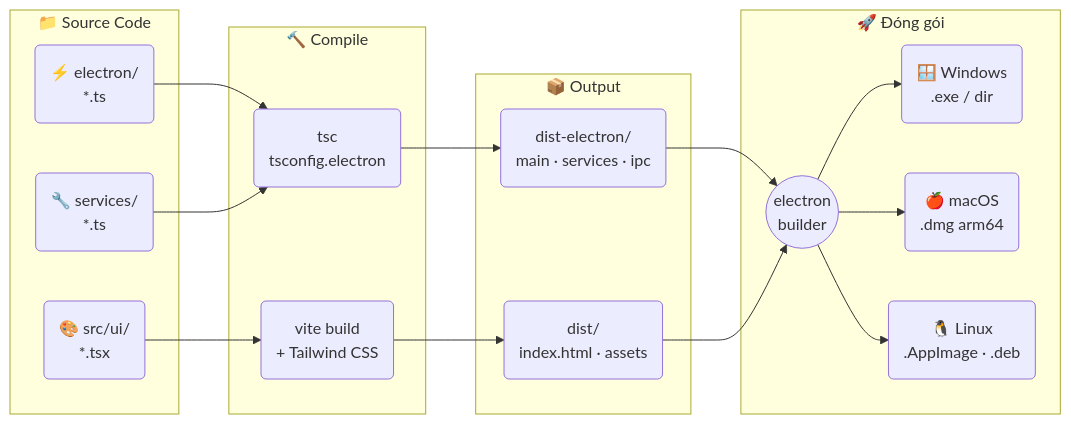
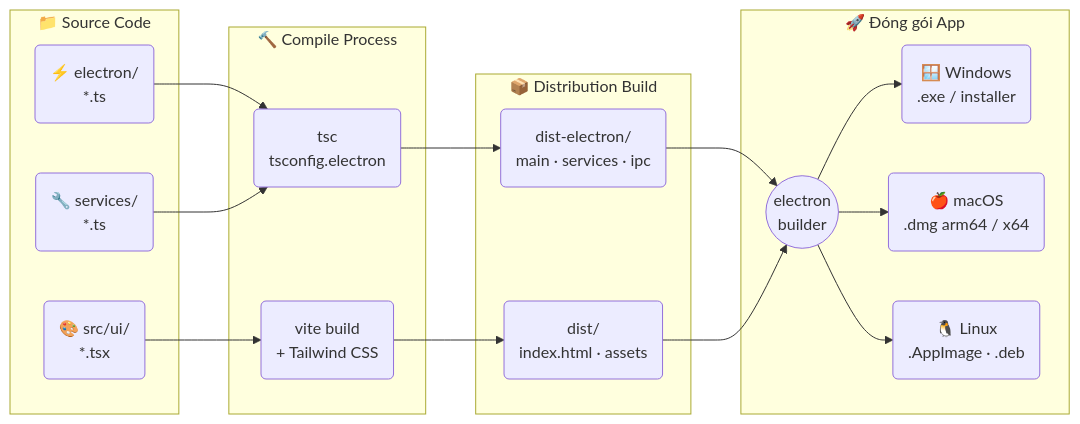
The first of 4 diagrams in README.md (longlo2k3/deplao), drawn with Mermaid before and after one commit. The commit also changed other lines of this file and 15 other files, not shown here.

````diff
--- a/README.md
+++ b/README.md
@@ -204,29 +268,29 @@
 ```mermaid
 flowchart LR
     subgraph SRC["📁 Source Code"]
         E("⚡ electron/\n*.ts")
         S("🔧 services/\n*.ts")
         R("🎨 src/ui/\n*.tsx")
     end
 
-    subgraph COMPILE["🔨 Compile"]
+    subgraph COMPILE["🔨 Compile Process"]
         TSC("tsc\ntsconfig.electron")
         VITE("vite build\n+ Tailwind CSS")
     end
 
-    subgraph OUT["📦 Output"]
+    subgraph OUT["📦 Distribution Build"]
         DE("dist-electron/\nmain · services · ipc")
         D("dist/\nindex.html · assets")
     end
 
-    subgraph PKG["🚀 Đóng gói"]
+    subgraph PKG["🚀 Đóng gói App"]
         EB(("electron\nbuilder"))
-        WIN("🪟 Windows\n.exe / dir")
-        MAC("🍎 macOS\n.dmg arm64")
+        WIN("🪟 Windows\n.exe / installer")
+        MAC("🍎 macOS\n.dmg arm64 / x64")
         LIN("🐧 Linux\n.AppImage · .deb")
     end
 
     E & S --> TSC --> DE
     R --> VITE --> D
     DE & D --> EB --> WIN & MAC & LIN
 ```
````
